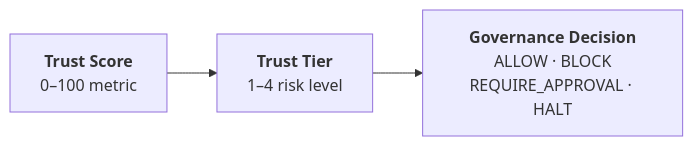
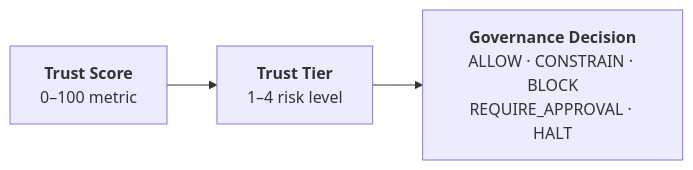
One commit to OpenBox-AI/openbox-document changed the diagram in website/docs/core-concepts/index.md. Above: the diagram before and after it, drawn with Mermaid. The commit also changed other lines of this file and 45 other files, not shown here.

````diff
--- a/website/docs/core-concepts/index.md
+++ b/website/docs/core-concepts/index.md
@@ -25,5 +26,5 @@
 ```mermaid
 flowchart LR
     scores["<b>Trust Score</b><br/>0–100 metric"] --> tiers["<b>Trust Tier</b><br/>1–4 risk level"]
-    tiers --> decisions["<b>Governance Decision</b><br/>ALLOW · BLOCK<br/>REQUIRE_APPROVAL · HALT"]
+    tiers --> decisions["<b>Governance Decision</b><br/>ALLOW · CONSTRAIN · BLOCK<br/>REQUIRE_APPROVAL · HALT"]
 ```
````
